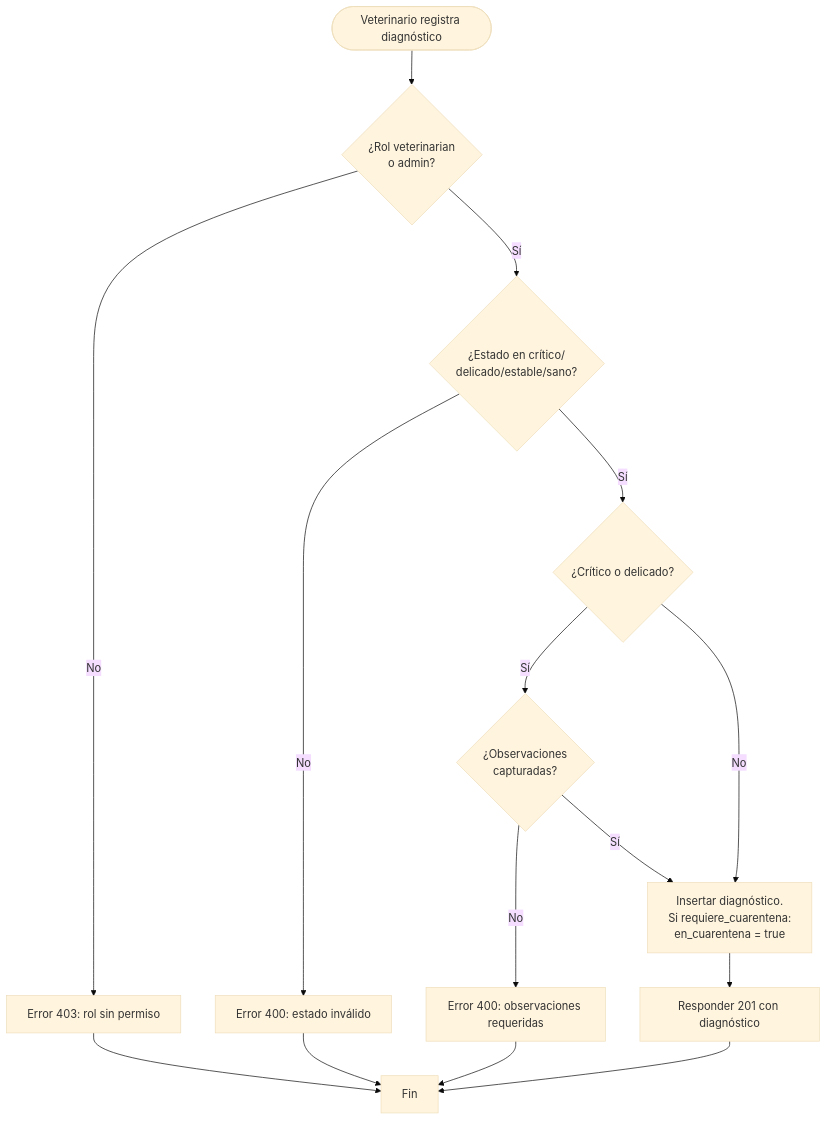
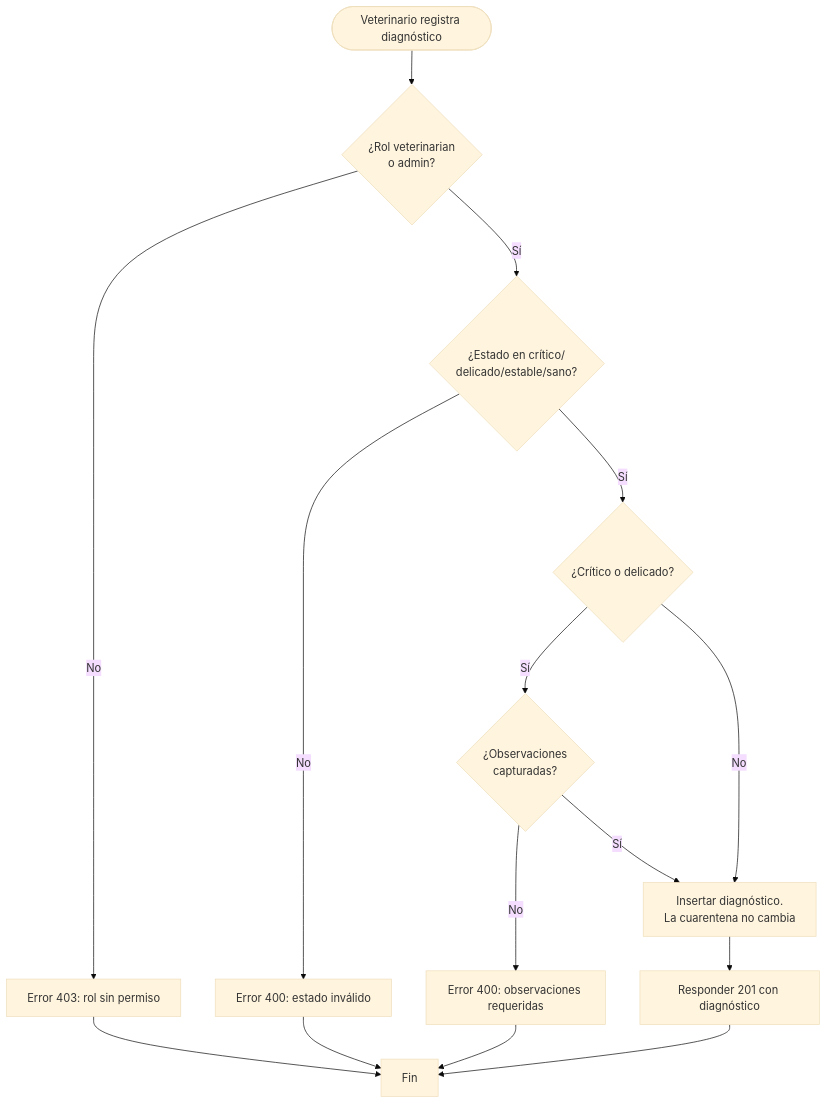
Before and after one commit to thespacio/pixkki: the third of 4 diagrams in docs/features/requerimiento-01-ingresos-expedientes.md, drawn with Mermaid (base theme). The commit also changed other lines of this file and 7 other files, not shown here.

Commit message:
fix: align requirement 01 intake with real schema and optional images

````diff
--- a/docs/features/requerimiento-01-ingresos-expedientes.md
+++ b/docs/features/requerimiento-01-ingresos-expedientes.md
@@ -340,17 +360,17 @@
 ```mermaid
 flowchart TD
     Start([Veterinario registra diagnóstico]) --> Auth{"¿Rol veterinarian<br/>o admin?"}
     Auth -- "No" --> Err1[Error 403: rol sin permiso]
     Auth -- "Sí" --> ValidState{"¿Estado en crítico/<br/>delicado/estable/sano?"}
     ValidState -- "No" --> Err2[Error 400: estado inválido]
     ValidState -- "Sí" --> CheckCritical{"¿Crítico o delicado?"}
     CheckCritical -- "Sí" --> HasObs{"¿Observaciones<br/>capturadas?"}
     HasObs -- "No" --> Err3[Error 400: observaciones requeridas]
     HasObs -- "Sí" --> Insert
-    CheckCritical -- "No" --> Insert[Insertar diagnóstico.<br/>Si requiere_cuarentena:<br/>en_cuarentena = true]
+    CheckCritical -- "No" --> Insert[Insertar diagnóstico.<br/>La cuarentena no cambia]
     Insert --> Resp[Responder 201 con diagnóstico]
     Err1 --> End[Fin]
     Err2 --> End
     Err3 --> End
     Resp --> End
 ```
````
